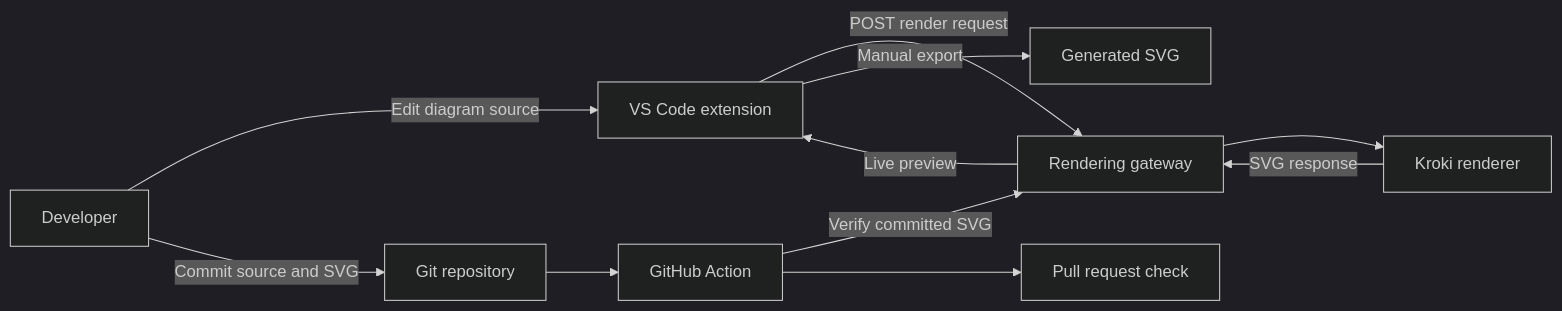
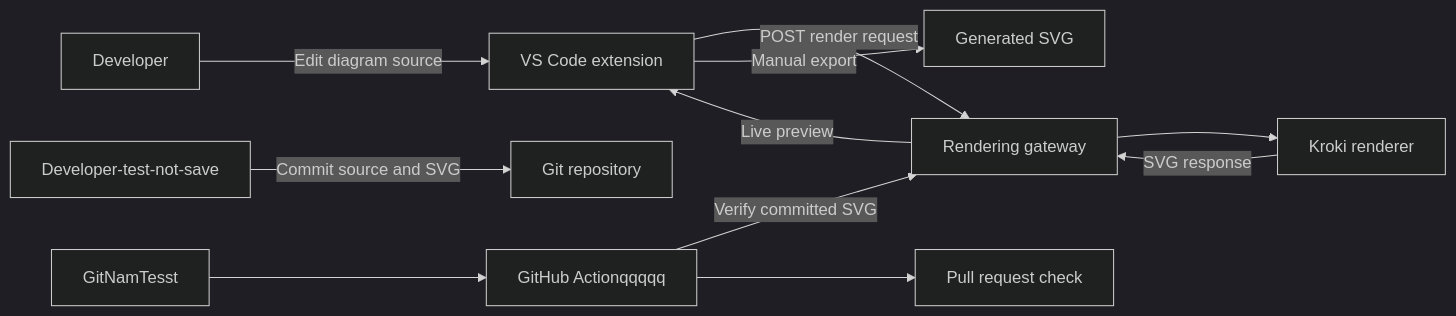
The diagram in docs/diagrams/diagram-workflow.mmd (PhuongNam2106/upgrade-diagram-as-code), drawn with Mermaid (dark theme) before and after one commit. The commit also changed 18 other files, not shown here.

```diff
--- a/docs/diagrams/diagram-workflow.mmd
+++ b/docs/diagrams/diagram-workflow.mmd
@@ -1,11 +1,11 @@
 flowchart LR
   Developer[Developer] -->|Edit diagram source| Extension[VS Code extension]
   Extension -->|POST render request| Gateway[Rendering gateway]
   Gateway --> Kroki[Kroki renderer]
   Kroki -->|SVG response| Gateway
   Gateway -->|Live preview| Extension
   Extension -->|Manual export| Svg[Generated SVG]
-  Developer -->|Commit source and SVG| Git[Git repository]
-  Git --> Action[GitHub Action]
+  Developer-test-not-save -->|Commit source and SVG| Git[Git repository]
+  GitNamTesst --> Action[GitHub Actionqqqqq]
   Action -->|Verify committed SVG| Gateway
   Action --> Check[Pull request check]
```
